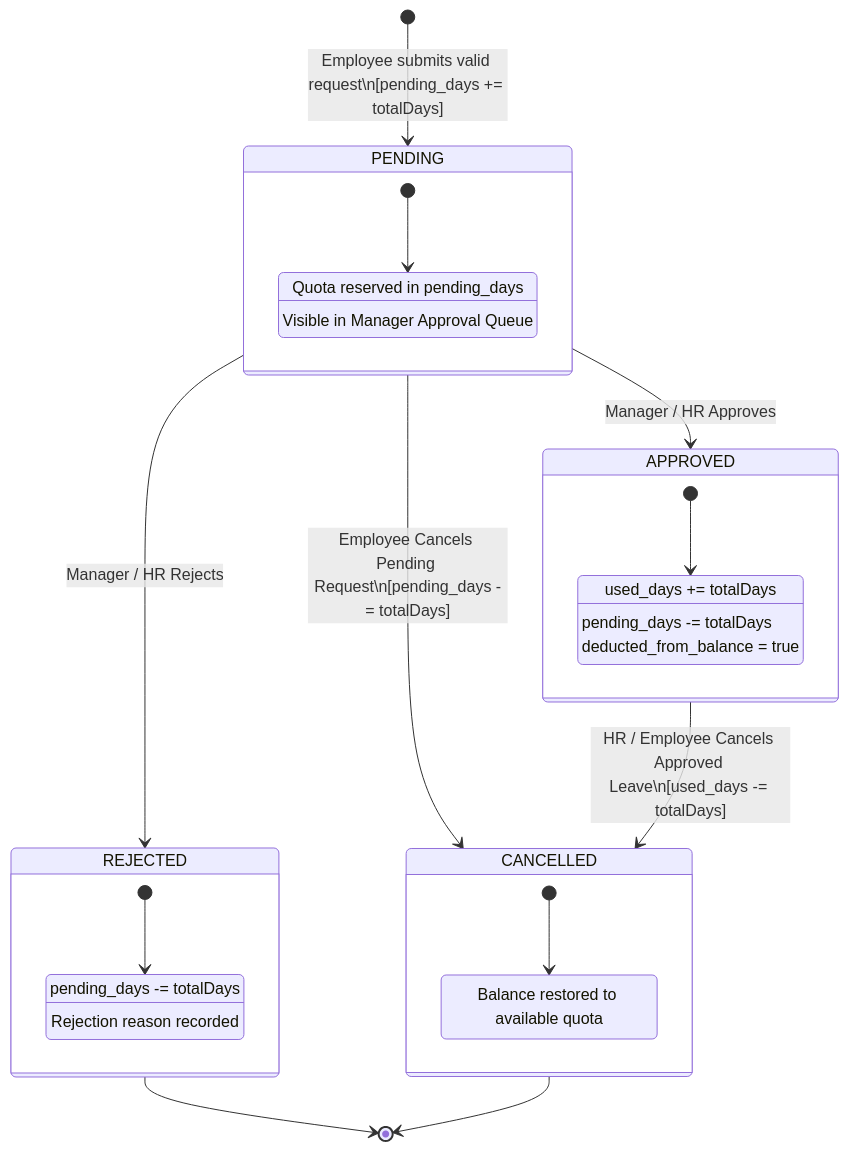
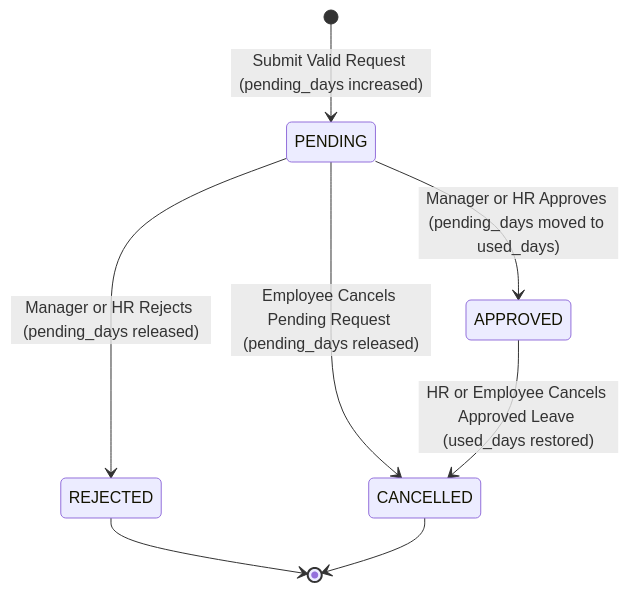
Before and after one commit to IbrahimAbdelsattar/employee-management-system: diagram 11 of 16 in README.md, drawn with Mermaid. The commit also changed other lines of this file and 1 other file, not shown here.

First line of the commit message:
docs: clean up UML diagram and README documentation

````diff
--- a/README.md
+++ b/README.md
@@ -821,36 +821,12 @@
 ```mermaid
 stateDiagram-v2
-    [*] --> PENDING : Employee submits valid request\n[pending_days += totalDays]
+    [*] --> PENDING : Submit Valid Request (pending_days increased)
 
-    state PENDING {
-        [*] --> AwaitingReview
-        AwaitingReview : Quota reserved in pending_days
-        AwaitingReview : Visible in Manager Approval Queue
-    }
-
-    state APPROVED {
-        [*] --> DeductedFromBalance
-        DeductedFromBalance : used_days += totalDays
-        DeductedFromBalance : pending_days -= totalDays
-        DeductedFromBalance : deducted_from_balance = true
-    }
-
-    state REJECTED {
-        [*] --> DeclinedTerminal
-        DeclinedTerminal : pending_days -= totalDays
-        DeclinedTerminal : Rejection reason recorded
-    }
-
-    state CANCELLED {
-        [*] --> RestoredTerminal
-        RestoredTerminal : Balance restored to available quota
-    }
-
-    PENDING --> APPROVED : Manager / HR Approves
-    PENDING --> REJECTED : Manager / HR Rejects
-    PENDING --> CANCELLED : Employee Cancels Pending Request\n[pending_days -= totalDays]
-    APPROVED --> CANCELLED : HR / Employee Cancels Approved Leave\n[used_days -= totalDays]
+    PENDING --> APPROVED : Manager or HR Approves (pending_days moved to used_days)
+    PENDING --> REJECTED : Manager or HR Rejects (pending_days released)
+    PENDING --> CANCELLED : Employee Cancels Pending Request (pending_days released)
+    APPROVED --> CANCELLED : HR or Employee Cancels Approved Leave (used_days restored)
 
     REJECTED --> [*]
     CANCELLED --> [*]
 ```
````
